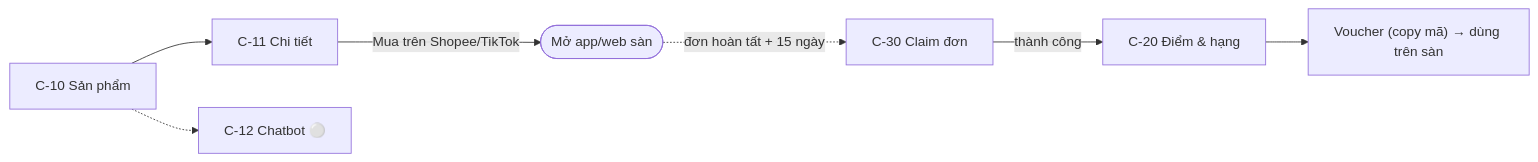
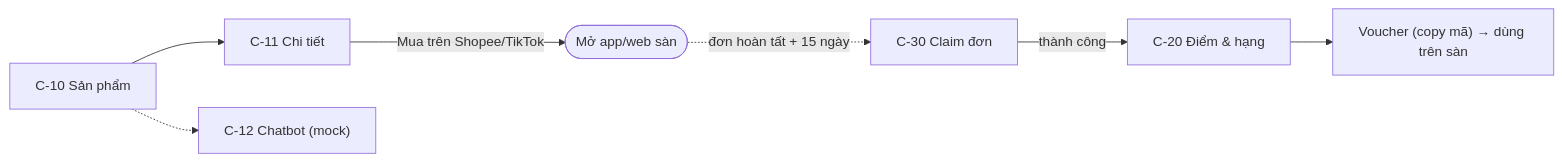
The second of 4 diagrams in docs/USER_FLOWS.md (Smart-Omni/SmartOmni_Mobile), drawn with Mermaid before and after one commit. The commit also changed other lines of this file and 1 other file, not shown here.

Commit message:
docs: mark C-12 chatbot done in plan and user flows

````diff
--- a/docs/USER_FLOWS.md
+++ b/docs/USER_FLOWS.md
@@ -96,9 +96,9 @@
 ```mermaid
 flowchart LR
     Shop["C-10 Sản phẩm"] --> Detail["C-11 Chi tiết"]
     Detail -->|Mua trên Shopee/TikTok| Ext(["Mở app/web sàn"])
-    Shop -.-> Chat["C-12 Chatbot ⚪"]
+    Shop -.-> Chat["C-12 Chatbot (mock)"]
     Ext -. "đơn hoàn tất + 15 ngày" .-> Claim["C-30 Claim đơn"]
     Claim -->|thành công| Points["C-20 Điểm & hạng"]
     Points --> Voucher["Voucher (copy mã) → dùng trên sàn"]
 ```
````
